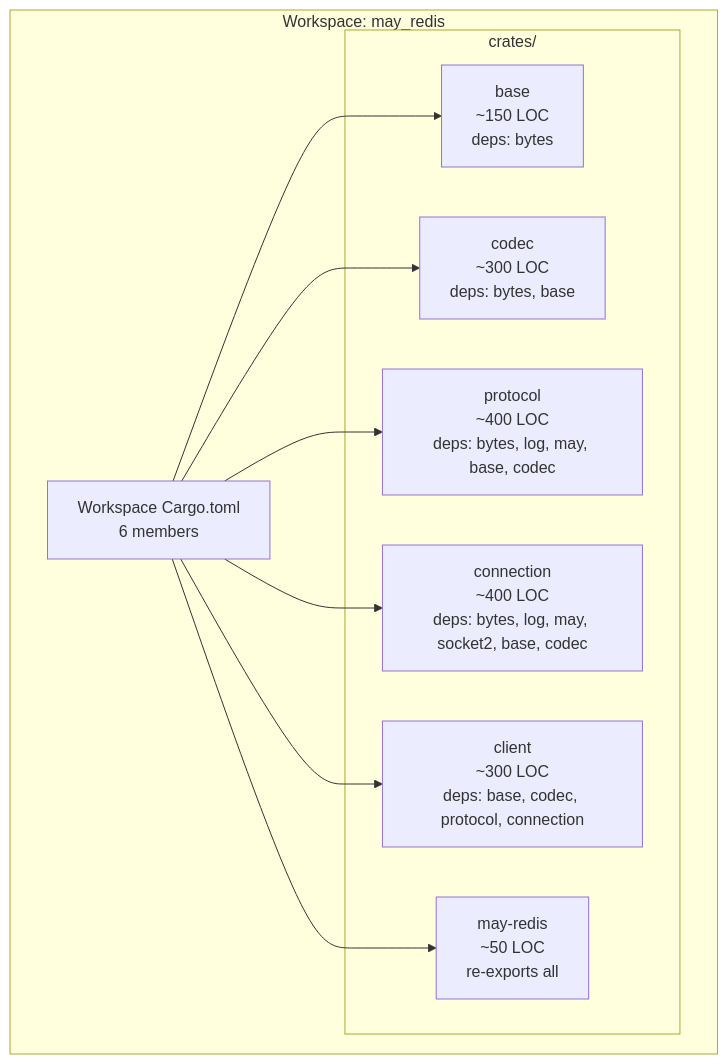
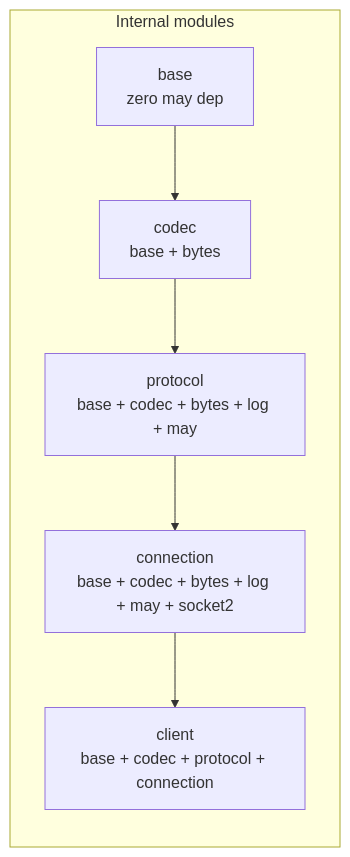
The diagram in docs/Epics/Epic_0/Story_0.md (microscaler/may_redis), drawn with Mermaid before and after one commit. The commit also changed other lines of this file, not shown here.

Commit message:
docs(epic-0): rewrite Story_0 for single-crate architecture per ADR 001

````diff
--- a/docs/Epics/Epic_0/Story_0.md
+++ b/docs/Epics/Epic_0/Story_0.md
@@ -11,22 +55,15 @@
 ```mermaid
-graph TB
-    subgraph "Workspace: may_redis"
-        WRoot[Workspace Cargo.toml<br/>6 members]
-        
-        subgraph "crates/"
-            Base[base<br/>~150 LOC<br/>deps: bytes]
-            Codec[codec<br/>~300 LOC<br/>deps: bytes, base]
-            Proto[protocol<br/>~400 LOC<br/>deps: bytes, log, may, base, codec]
-            Conn[connection<br/>~400 LOC<br/>deps: bytes, log, may, socket2, base, codec]
-            Client[client<br/>~300 LOC<br/>deps: base, codec, protocol, connection]
-            Umb[may-redis<br/>~50 LOC<br/>re-exports all]
-        end
-        
-        WRoot --> Base
-        WRoot --> Codec
-        WRoot --> Proto
-        WRoot --> Conn
-        WRoot --> Client
-        WRoot --> Umb
+graph LR
+    subgraph "Internal modules"
+        Base[base<br/>zero may dep]
+        Codec[codec<br/>base + bytes]
+        Proto[protocol<br/>base + codec + bytes + log + may]
+        Conn[connection<br/>base + codec + bytes + log + may + socket2]
+        Client[client<br/>base + codec + protocol + connection]
     end
+
+    Base --> Codec
+    Codec --> Proto
+    Proto --> Conn
+    Conn --> Client
 ```
````
